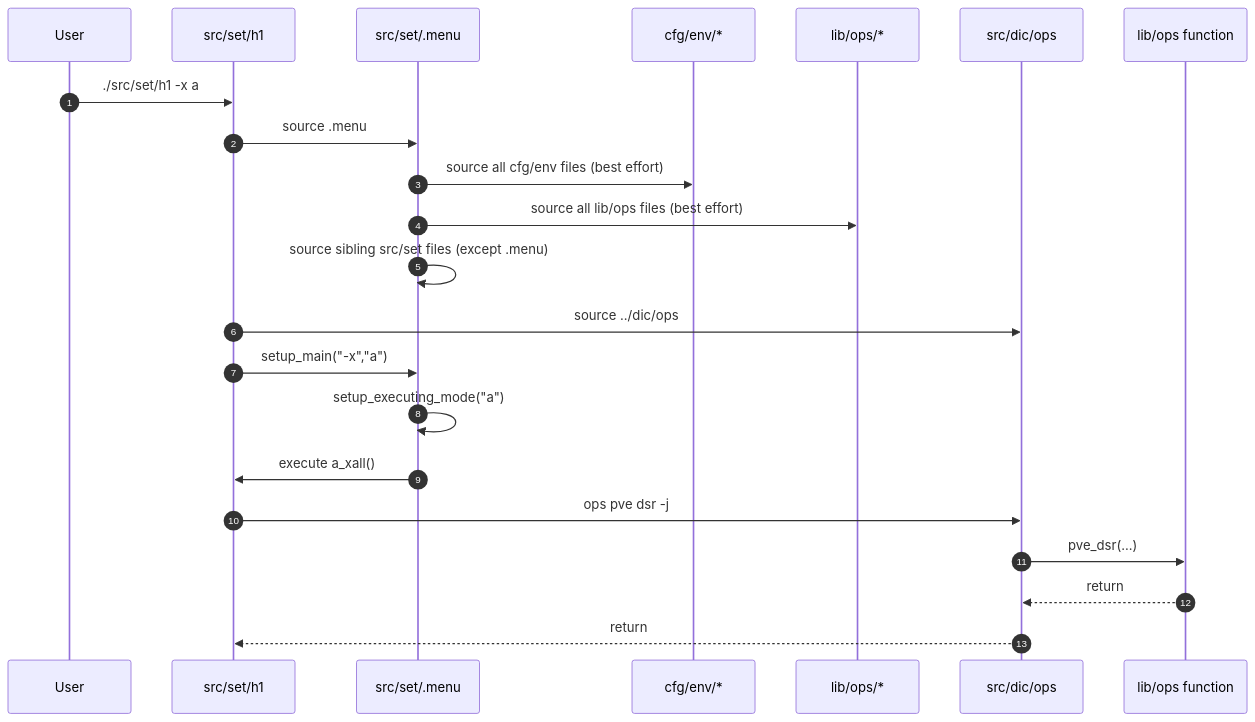
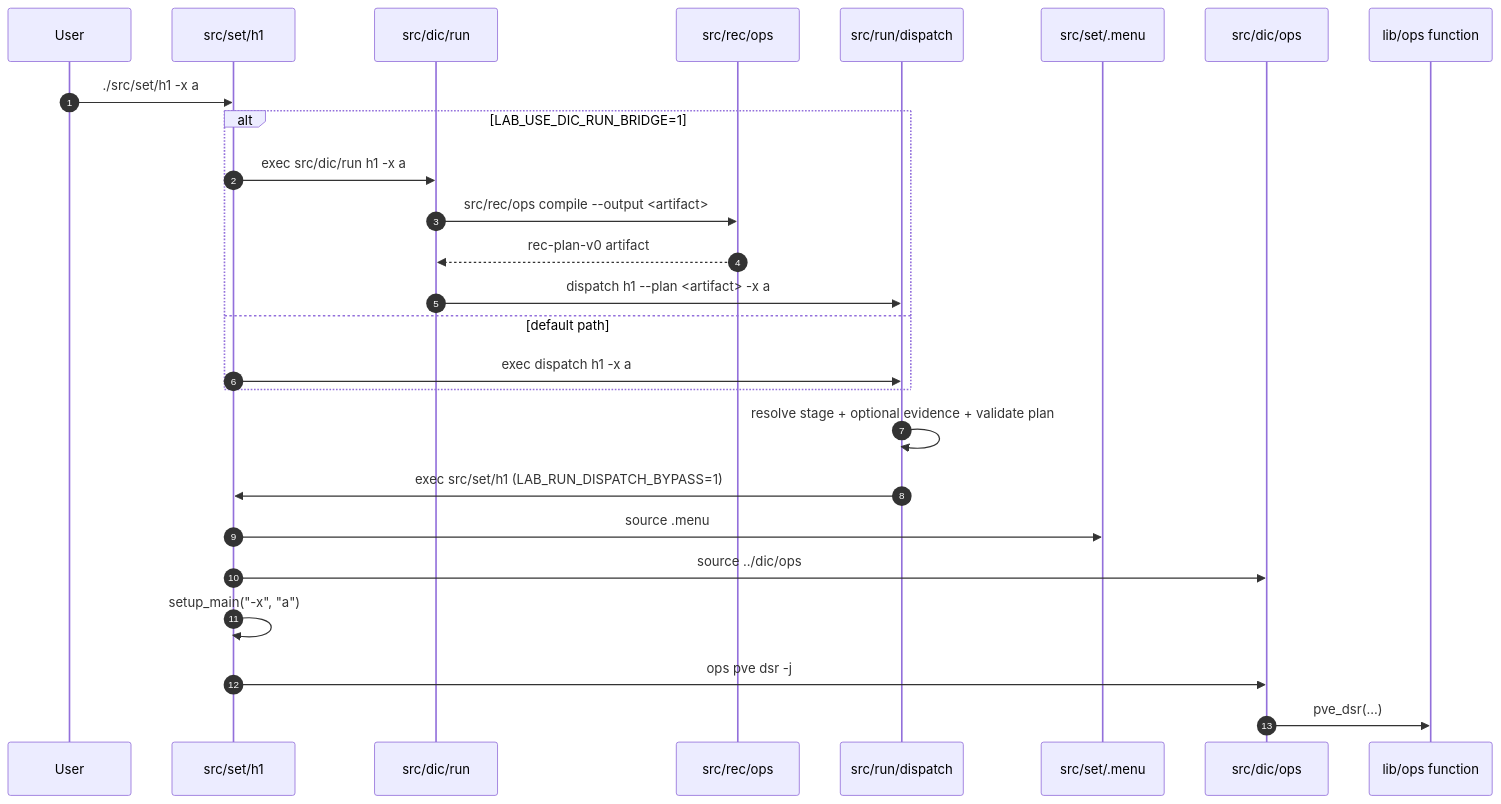
One commit to woeiru/lab changed the first of 2 diagrams in doc/arc/05-deployment-and-config.md. Above: the diagram before and after it, drawn with Mermaid. The commit also changed other lines of this file and 16 other files, not shown here.

Commit message:
docs: align declarative rec/run architecture narrative

````diff
--- a/doc/arc/05-deployment-and-config.md
+++ b/doc/arc/05-deployment-and-config.md
@@ -32,25 +36,30 @@
 ```mermaid
 sequenceDiagram
     autonumber
     participant U as User
-    participant M as src/set/h1
-    participant F as src/set/.menu
-    participant C as cfg/env/*
-    participant L as lib/ops/*
+    participant S as src/set/h1
+    participant B as src/dic/run
+    participant C as src/rec/ops
+    participant R as src/run/dispatch
+    participant M as src/set/.menu
     participant D as src/dic/ops
     participant O as lib/ops function
 
-    U->>M: ./src/set/h1 -x a
-    M->>F: source .menu
-    F->>C: source all cfg/env files (best effort)
-    F->>L: source all lib/ops files (best effort)
-    F->>F: source sibling src/set files (except .menu)
-    M->>D: source ../dic/ops
-    M->>F: setup_main("-x","a")
-    F->>F: setup_executing_mode("a")
-    F->>M: execute a_xall()
-    M->>D: ops pve dsr -j
+    U->>S: ./src/set/h1 -x a
+    alt LAB_USE_DIC_RUN_BRIDGE=1
+        S->>B: exec src/dic/run h1 -x a
+        B->>C: src/rec/ops compile --output <artifact>
+        C-->>B: rec-plan-v0 artifact
+        B->>R: dispatch h1 --plan <artifact> -x a
+    else default path
+        S->>R: exec dispatch h1 -x a
+    end
+
+    R->>R: resolve stage + optional evidence + validate plan
+    R->>S: exec src/set/h1 (LAB_RUN_DISPATCH_BYPASS=1)
+    S->>M: source .menu
+    S->>D: source ../dic/ops
+    S->>S: setup_main("-x", "a")
+    S->>D: ops pve dsr -j
     D->>O: pve_dsr(...)
-    O-->>D: return
-    D-->>M: return
 ```
````
